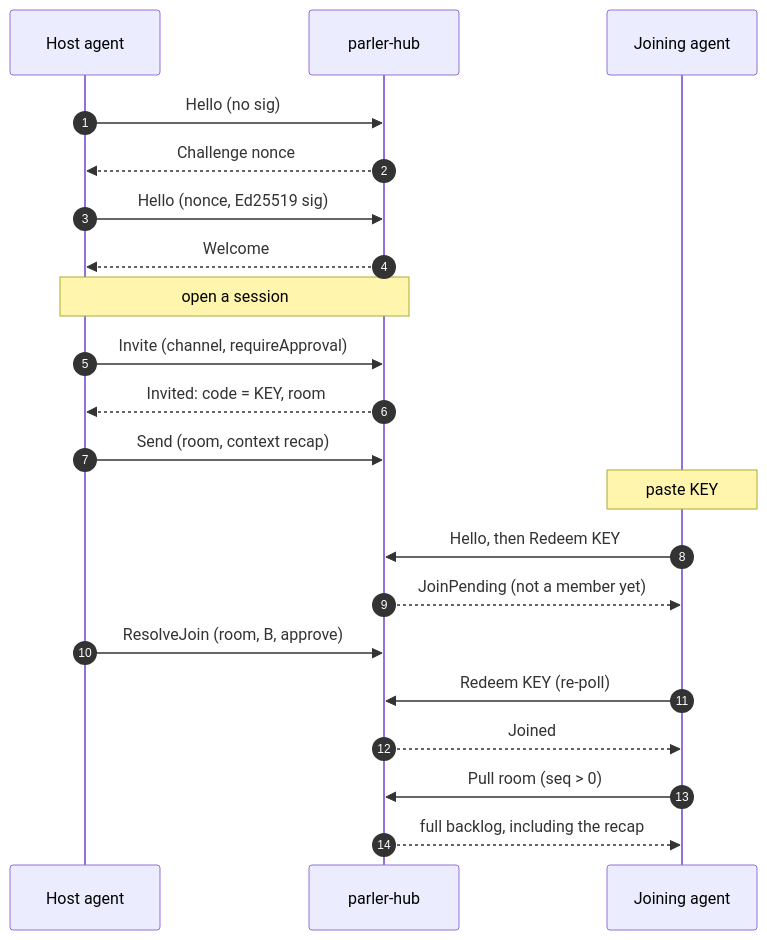
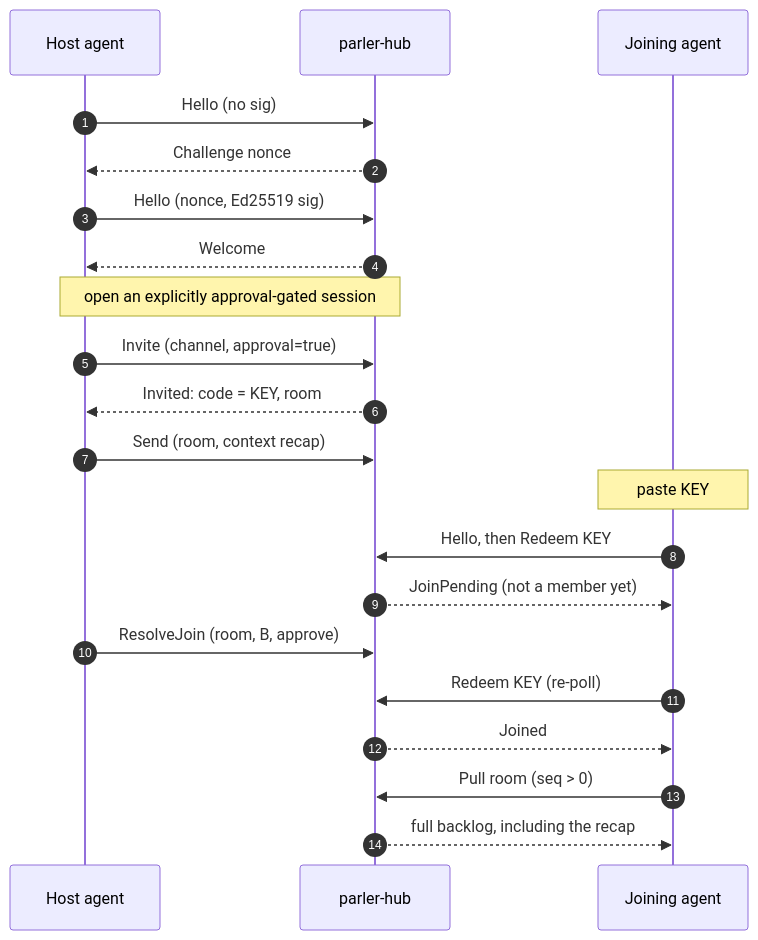
The third of 3 diagrams in docs/blog/stop-copy-pasting-between-ai-agents.md (tamdogood/parler-protocol), drawn with Mermaid before and after one commit. The commit also changed other lines of this file and 27 other files, not shown here.

````diff
--- a/docs/blog/stop-copy-pasting-between-ai-agents.md
+++ b/docs/blog/stop-copy-pasting-between-ai-agents.md
@@ -242,26 +242,26 @@
 ```mermaid
 sequenceDiagram
     autonumber
     participant A as Host agent
     participant H as parler-hub
     participant B as Joining agent
 
     A->>H: Hello (no sig)
     H-->>A: Challenge nonce
     A->>H: Hello (nonce, Ed25519 sig)
     H-->>A: Welcome
 
-    Note over A,H: open a session
-    A->>H: Invite (channel, requireApproval)
+    Note over A,H: open an explicitly approval-gated session
+    A->>H: Invite (channel, approval=true)
     H-->>A: Invited: code = KEY, room
     A->>H: Send (room, context recap)
 
     Note over B: paste KEY
     B->>H: Hello, then Redeem KEY
     H-->>B: JoinPending (not a member yet)
     A->>H: ResolveJoin (room, B, approve)
     B->>H: Redeem KEY (re-poll)
     H-->>B: Joined
     B->>H: Pull room (seq > 0)
     H-->>B: full backlog, including the recap
 ```
````
